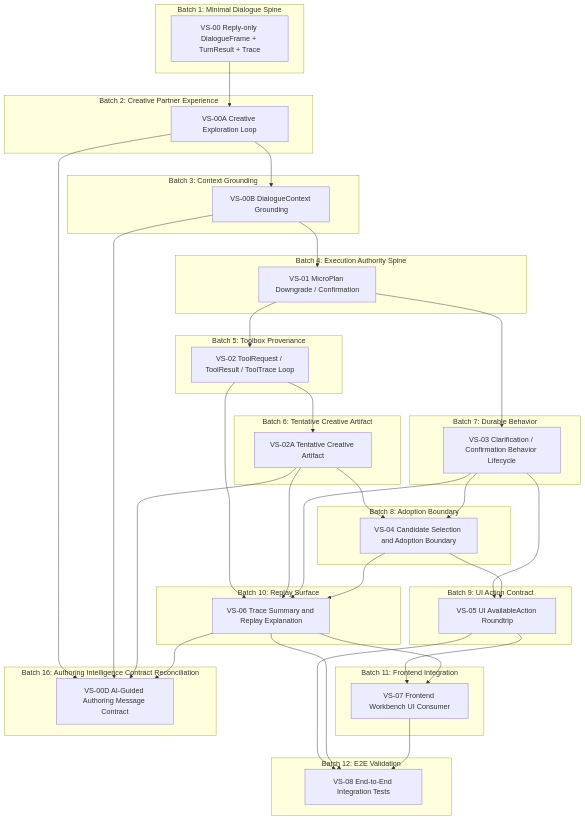
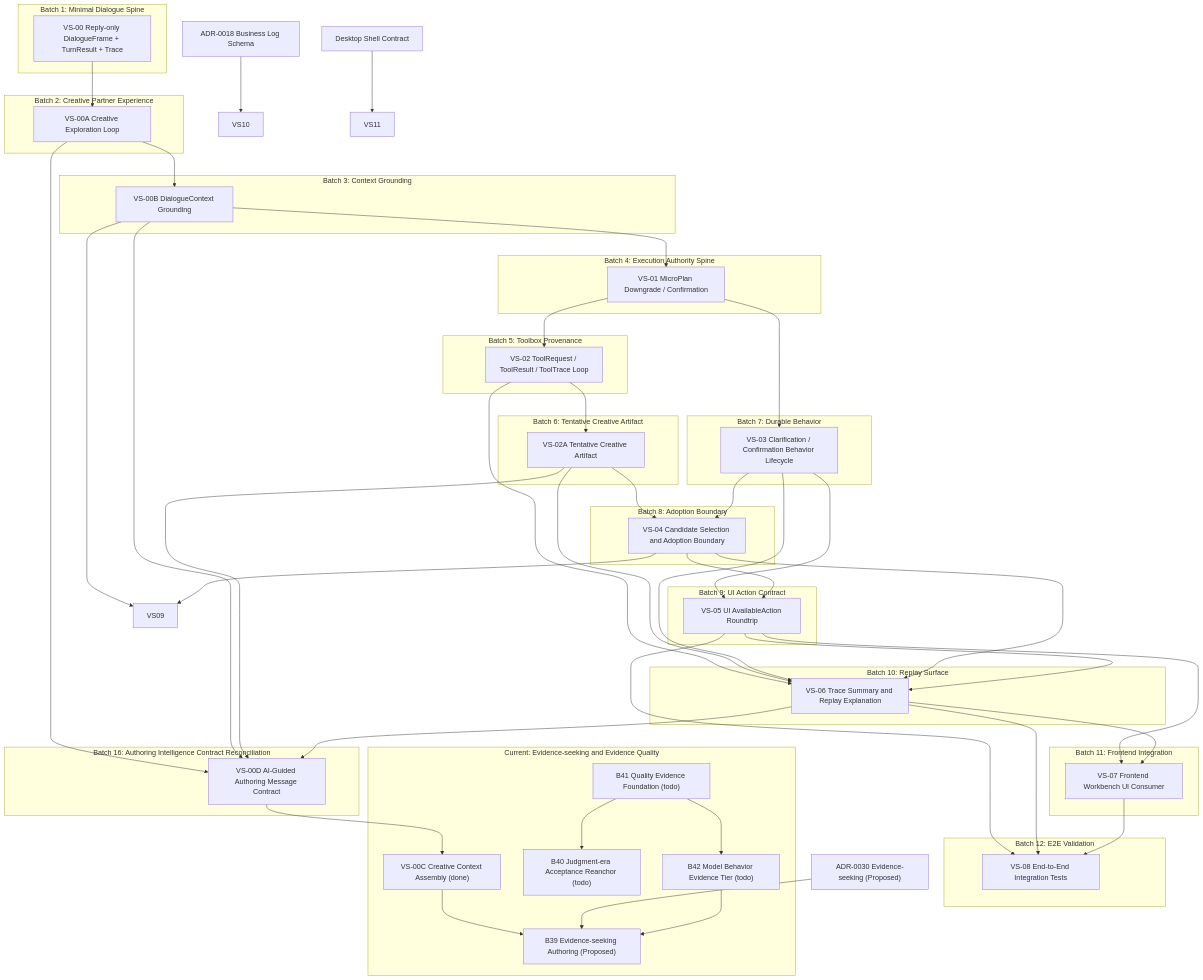
The diagram in tasks/slices/v3/DAG.md (tongsh6/ai-novel-studio), drawn with Mermaid before and after one commit. The commit also changed other lines of this file and 49 other files, not shown here.

````diff
--- a/tasks/slices/v3/DAG.md
+++ b/tasks/slices/v3/DAG.md
@@ -64,6 +64,18 @@
     VS00D["VS-00D AI-Guided Authoring Message Contract"]
   end
 
+  subgraph Batch17["Current: Evidence-seeking and Evidence Quality"]
+    VS00C["VS-00C Creative Context Assembly (done)"]
+    B39["B39 Evidence-seeking Authoring (Proposed)"]
+    B40["B40 Judgment-era Acceptance Reanchor (todo)"]
+    B41["B41 Quality Evidence Foundation (todo)"]
+    B42["B42 Model Behavior Evidence Tier (todo)"]
+  end
+
+  ADR0030["ADR-0030 Evidence-seeking (Proposed)"]
+  ADR0018["ADR-0018 Business Log Schema"]
+  Desktop["Desktop Shell Contract"]
+
   VS00 --> VS00A
   VS00A --> VS00B
   VS00B --> VS01
@@ -87,4 +99,15 @@
   VS00B --> VS00D
   VS02A --> VS00D
   VS06 --> VS00D
+  VS00D --> VS00C
+  VS00C --> B39
+  ADR0030 --> B39
+  B41 --> B40
+  B41 --> B42
+  B42 --> B39
+  VS05 --> VS06
+  VS00B --> VS09
+  VS04 --> VS09
+  ADR0018 --> VS10
+  Desktop --> VS11
 ```
````
